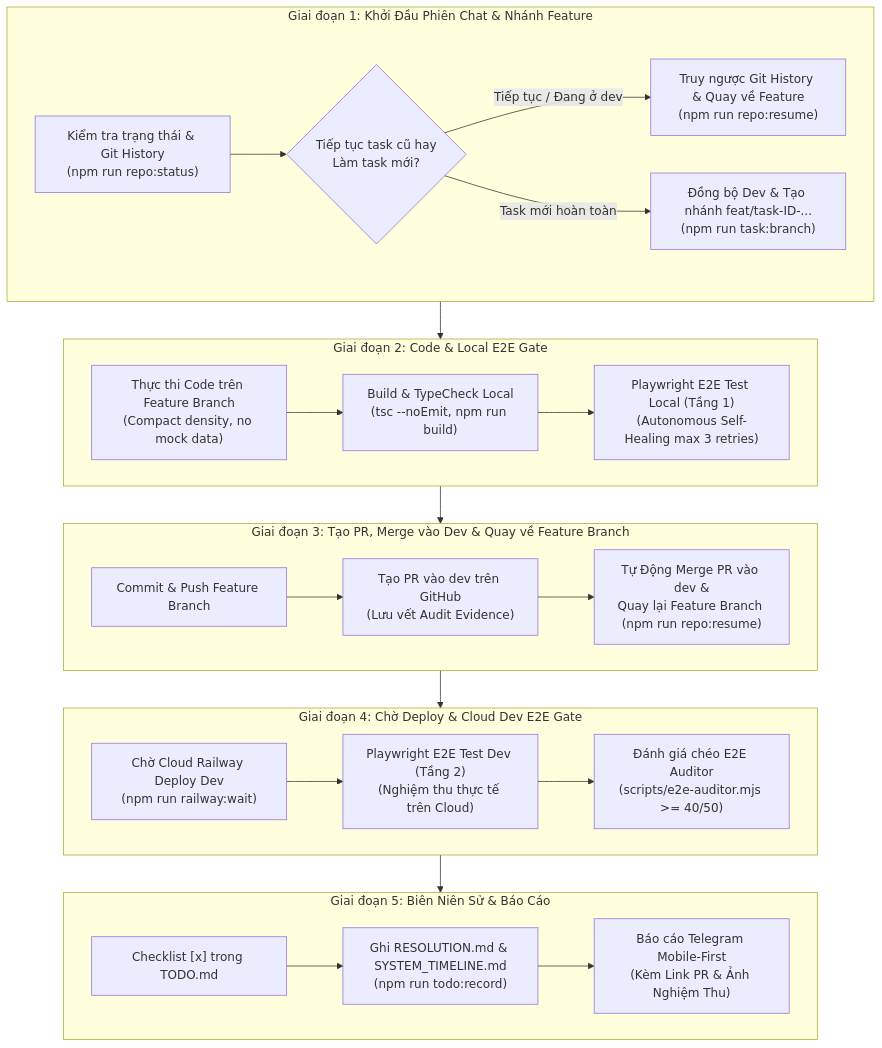
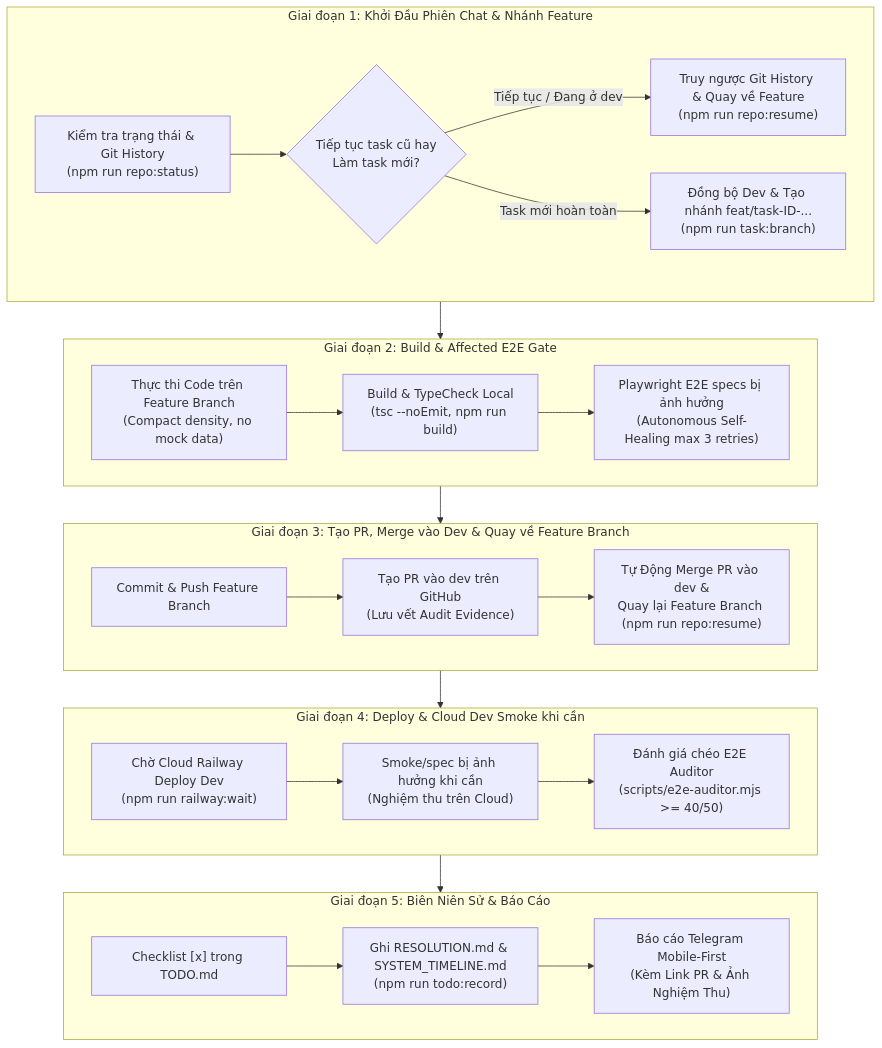
Before and after one commit to lyquangthai1993/logistics-website: the diagram in .agents/rules/github-task-workflow.md, drawn with Mermaid. The commit also changed other lines of this file and 8 other files, not shown here.

````diff
--- a/.agents/rules/github-task-workflow.md
+++ b/.agents/rules/github-task-workflow.md
@@ -108,30 +109,30 @@
 ```mermaid
 flowchart TD
     subgraph S1["Giai đoạn 1: Khởi Đầu Phiên Chat & Nhánh Feature"]
         A0["Kiểm tra trạng thái & Git History<br>(npm run repo:status)"] --> A1{"Tiếp tục task cũ hay<br>Làm task mới?"}
         A1 -->|Tiếp tục / Đang ở dev| A2R["Truy ngược Git History & Quay về Feature<br>(npm run repo:resume)"]
         A1 -->|Task mới hoàn toàn| A2["Đồng bộ Dev & Tạo nhánh feat/task-ID-...<br>(npm run task:branch)"]
     end
 
-    subgraph S2["Giai đoạn 2: Code & Local E2E Gate"]
+    subgraph S2["Giai đoạn 2: Build & Affected E2E Gate"]
         B1["Thực thi Code trên Feature Branch<br>(Compact density, no mock data)"] --> B2["Build & TypeCheck Local<br>(tsc --noEmit, npm run build)"]
-        B2 --> B3["Playwright E2E Test Local (Tầng 1)<br>(Autonomous Self-Healing max 3 retries)"]
+        B2 --> B3["Playwright E2E specs bị ảnh hưởng<br>(Autonomous Self-Healing max 3 retries)"]
     end
 
     subgraph S3["Giai đoạn 3: Tạo PR, Merge vào Dev & Quay về Feature Branch"]
         C1["Commit & Push Feature Branch"] --> C2["Tạo PR vào dev trên GitHub<br>(Lưu vết Audit Evidence)"]
         C2 --> C3["Tự Động Merge PR vào dev &<br>Quay lại Feature Branch (npm run repo:resume)"]
     end
 
-    subgraph S4["Giai đoạn 4: Chờ Deploy & Cloud Dev E2E Gate"]
-        D1["Chờ Cloud Railway Deploy Dev<br>(npm run railway:wait)"] --> D2["Playwright E2E Test Dev (Tầng 2)<br>(Nghiệm thu thực tế trên Cloud)"]
+    subgraph S4["Giai đoạn 4: Deploy & Cloud Dev Smoke khi cần"]
+        D1["Chờ Cloud Railway Deploy Dev<br>(npm run railway:wait)"] --> D2["Smoke/spec bị ảnh hưởng khi cần<br>(Nghiệm thu trên Cloud)"]
         D2 --> D3["Đánh giá chéo E2E Auditor<br>(scripts/e2e-auditor.mjs >= 40/50)"]
     end
 
     subgraph S5["Giai đoạn 5: Biên Niên Sử & Báo Cáo"]
         E1["Checklist [x] trong TODO.md"] --> E2["Ghi RESOLUTION.md & SYSTEM_TIMELINE.md<br>(npm run todo:record)"]
         E2 --> E3["Báo cáo Telegram Mobile-First<br>(Kèm Link PR & Ảnh Nghiệm Thu)"]
     end
 
     S1 --> S2 --> S3 --> S4 --> S5
 ```
````
